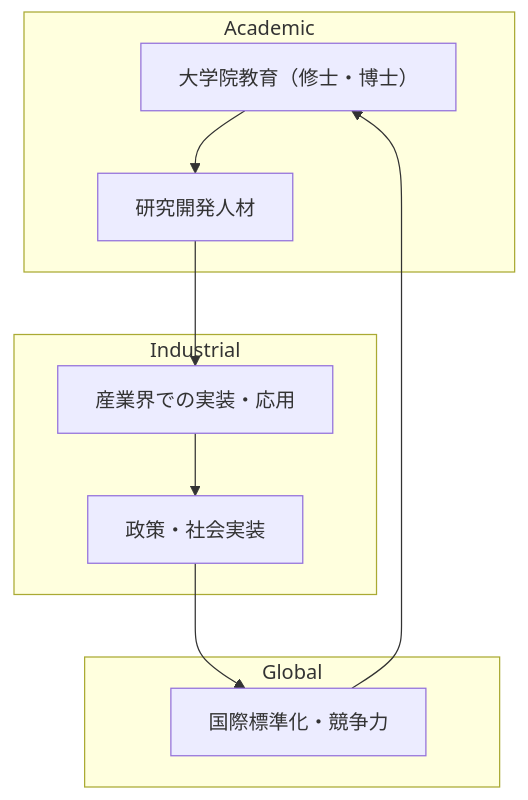
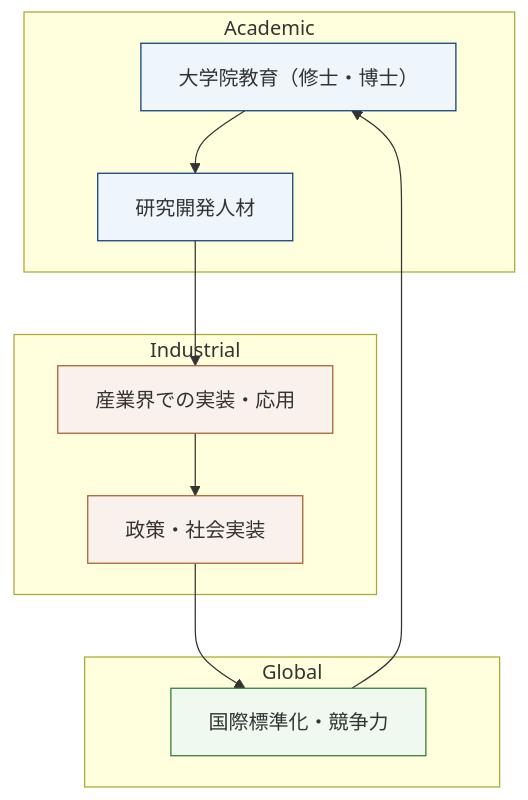
Before and after one commit to Samizo-AITL/AITL-Strategy-Proposal: the third of 3 diagrams in AITL_Strategy_Proposal_Draft_v4_0.md, drawn with Mermaid.

````diff
--- a/AITL_Strategy_Proposal_Draft_v4_0.md
+++ b/AITL_Strategy_Proposal_Draft_v4_0.md
@@ -155,22 +155,29 @@
 ```mermaid
 flowchart TB
     A[大学院教育（修士・博士）] --> B[研究開発人材]
     B --> C[産業界での実装・応用]
     C --> D[政策・社会実装]
     D --> E[国際標準化・競争力]
     E --> A
 
     subgraph Academic
       A
       B
     end
 
     subgraph Industrial
       C
       D
     end
 
     subgraph Global
       E
     end
+
+style A fill:#eef5fb,stroke:#0b3d75,stroke-width:1px
+style B fill:#eef5fb,stroke:#0b3d75,stroke-width:1px
+style C fill:#f9f2ec,stroke:#a65e2e,stroke-width:1px
+style D fill:#f9f2ec,stroke:#a65e2e,stroke-width:1px
+style E fill:#f0f9f0,stroke:#2e7d32,stroke-width:1px
+
 ```
````
